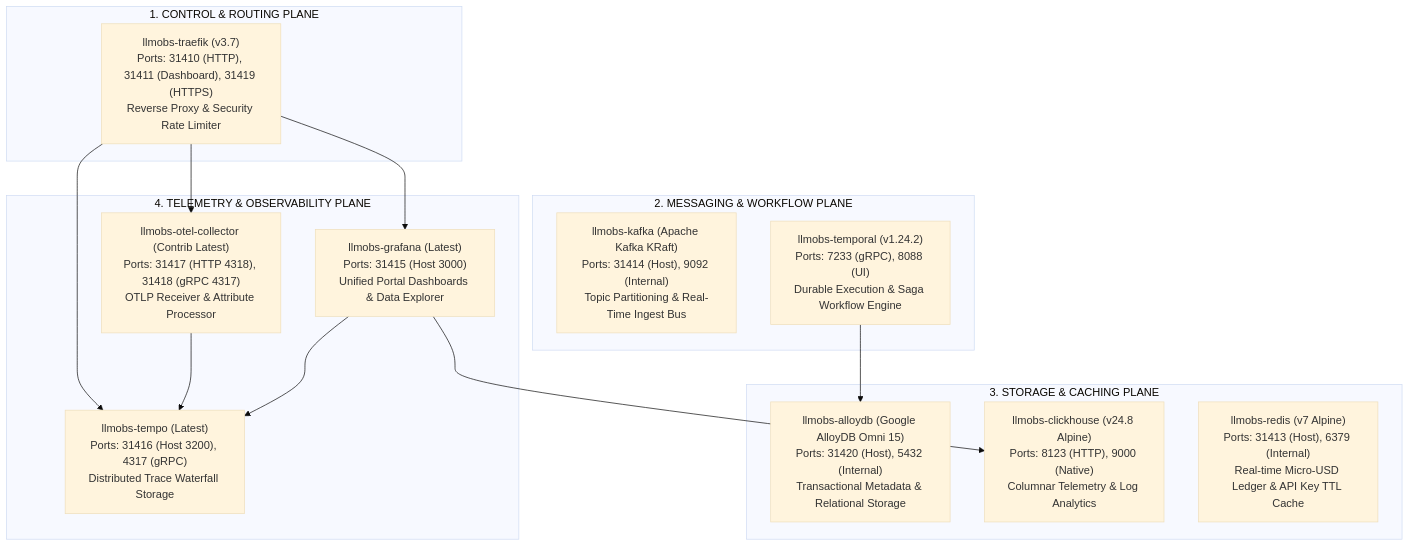
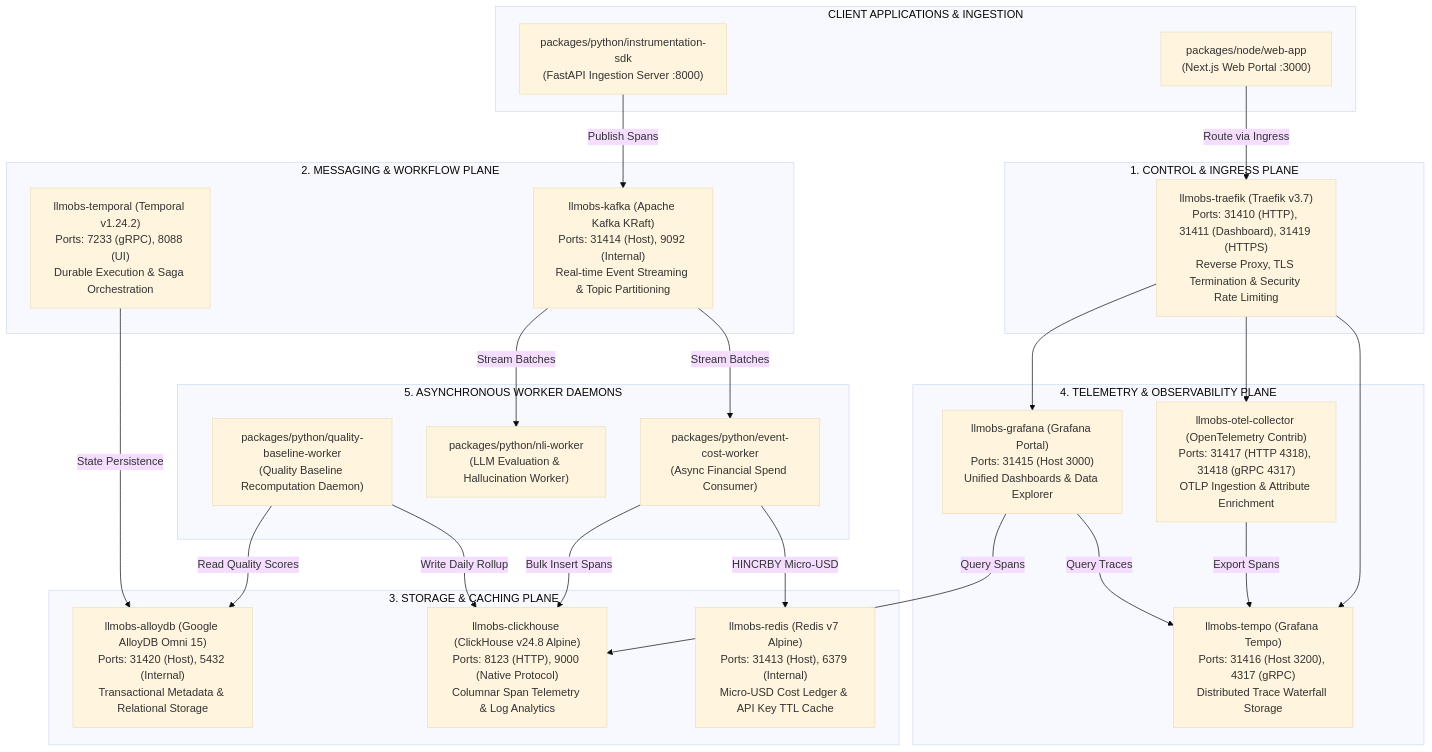
One commit to Chief-Strategist-J/llm-observability-platform changed the first of 2 diagrams in packages/configs/llm-obs-infra/README.md. Above: the diagram before and after it, drawn with Mermaid (base theme). The commit also changed other lines of this file, not shown here.

Commit message:
docs(infra): embed full HLD, LLD, 3-plane topology, and security todo list directly in infrastructure README.md

````diff
--- a/packages/configs/llm-obs-infra/README.md
+++ b/packages/configs/llm-obs-infra/README.md
@@ -14,32 +14,53 @@
 ```mermaid
 flowchart TD
-    subgraph ControlPlane["1. CONTROL & ROUTING PLANE"]
-        Traefik["llmobs-traefik (v3.7)\nPorts: 31410 (HTTP), 31411 (Dashboard), 31419 (HTTPS)\nReverse Proxy & Security Rate Limiter"]
+    subgraph Clients["CLIENT APPLICATIONS & INGESTION"]
+        PythonSDK["packages/python/instrumentation-sdk\n(FastAPI Ingestion Server :8000)"]
+        NextJSFrontend["packages/node/web-app\n(Next.js Web Portal :3000)"]
+    end
+
+    subgraph ControlPlane["1. CONTROL & INGRESS PLANE"]
+        TraefikGateway["llmobs-traefik (Traefik v3.7)\nPorts: 31410 (HTTP), 31411 (Dashboard), 31419 (HTTPS)\nReverse Proxy, TLS Termination & Security Rate Limiting"]
     end
 
     subgraph MessagingPlane["2. MESSAGING & WORKFLOW PLANE"]
-        Kafka["llmobs-kafka (Apache Kafka KRaft)\nPorts: 31414 (Host), 9092 (Internal)\nTopic Partitioning & Real-Time Ingest Bus"]
-        Temporal["llmobs-temporal (v1.24.2)\nPorts: 7233 (gRPC), 8088 (UI)\nDurable Execution & Saga Workflow Engine"]
+        KafkaBroker["llmobs-kafka (Apache Kafka KRaft)\nPorts: 31414 (Host), 9092 (Internal)\nReal-time Event Streaming & Topic Partitioning"]
+        TemporalEngine["llmobs-temporal (Temporal v1.24.2)\nPorts: 7233 (gRPC), 8088 (UI)\nDurable Execution & Saga Orchestration"]
     end
 
     subgraph DataPlane["3. STORAGE & CACHING PLANE"]
         AlloyDB["llmobs-alloydb (Google AlloyDB Omni 15)\nPorts: 31420 (Host), 5432 (Internal)\nTransactional Metadata & Relational Storage"]
-        ClickHouse["llmobs-clickhouse (v24.8 Alpine)\nPorts: 8123 (HTTP), 9000 (Native)\nColumnar Telemetry & Log Analytics"]
-        Redis["llmobs-redis (v7 Alpine)\nPorts: 31413 (Host), 6379 (Internal)\nReal-time Micro-USD Ledger & API Key TTL Cache"]
+        ClickHouse["llmobs-clickhouse (ClickHouse v24.8 Alpine)\nPorts: 8123 (HTTP), 9000 (Native Protocol)\nColumnar Span Telemetry & Log Analytics"]
+        RedisLedger["llmobs-redis (Redis v7 Alpine)\nPorts: 31413 (Host), 6379 (Internal)\nMicro-USD Cost Ledger & API Key TTL Cache"]
     end
 
-    subgraph TelemetryPlane["4. TELEMETRY & OBSERVABILITY PLANE"]
-        Otel["llmobs-otel-collector (Contrib Latest)\nPorts: 31417 (HTTP 4318), 31418 (gRPC 4317)\nOTLP Receiver & Attribute Processor"]
-        Tempo["llmobs-tempo (Latest)\nPorts: 31416 (Host 3200), 4317 (gRPC)\nDistributed Trace Waterfall Storage"]
-        Grafana["llmobs-grafana (Latest)\nPorts: 31415 (Host 3000)\nUnified Portal Dashboards & Data Explorer"]
+    subgraph ObservabilityPlane["4. TELEMETRY & OBSERVABILITY PLANE"]
+        OtelCollector["llmobs-otel-collector (OpenTelemetry Contrib)\nPorts: 31417 (HTTP 4318), 31418 (gRPC 4317)\nOTLP Ingestion & Attribute Enrichment"]
+        TempoTracing["llmobs-tempo (Grafana Tempo)\nPorts: 31416 (Host 3200), 4317 (gRPC)\nDistributed Trace Waterfall Storage"]
+        GrafanaPortal["llmobs-grafana (Grafana Portal)\nPorts: 31415 (Host 3000)\nUnified Dashboards & Data Explorer"]
     end
 
-    Traefik --> Grafana
-    Traefik --> Tempo
-    Traefik --> Otel
+    subgraph MicroserviceWorkers["5. ASYNCHRONOUS WORKER DAEMONS"]
+        CostWorker["packages/python/event-cost-worker\n(Async Financial Spend Consumer)"]
+        NliWorker["packages/python/nli-worker\n(LLM Evaluation & Hallucination Worker)"]
+        QualityWorker["packages/python/quality-baseline-worker\n(Quality Baseline Recomputation Daemon)"]
+    end
 
-    Temporal --> AlloyDB
-    Otel --> Tempo
-    Grafana --> Tempo
-    Grafana --> ClickHouse
+    PythonSDK -->|Publish Spans| KafkaBroker
+    KafkaBroker -->|Stream Batches| CostWorker
+    KafkaBroker -->|Stream Batches| NliWorker
+
+    CostWorker -->|HINCRBY Micro-USD| RedisLedger
+    CostWorker -->|Bulk Insert Spans| ClickHouse
+    QualityWorker -->|Read Quality Scores| AlloyDB
+    QualityWorker -->|Write Daily Rollup| ClickHouse
+
+    TemporalEngine -->|State Persistence| AlloyDB
+    NextJSFrontend -->|Route via Ingress| TraefikGateway
+    TraefikGateway --> GrafanaPortal
+    TraefikGateway --> TempoTracing
+    TraefikGateway --> OtelCollector
+
+    OtelCollector -->|Export Spans| TempoTracing
+    GrafanaPortal -->|Query Spans| ClickHouse
+    GrafanaPortal -->|Query Traces| TempoTracing
 ```
````
